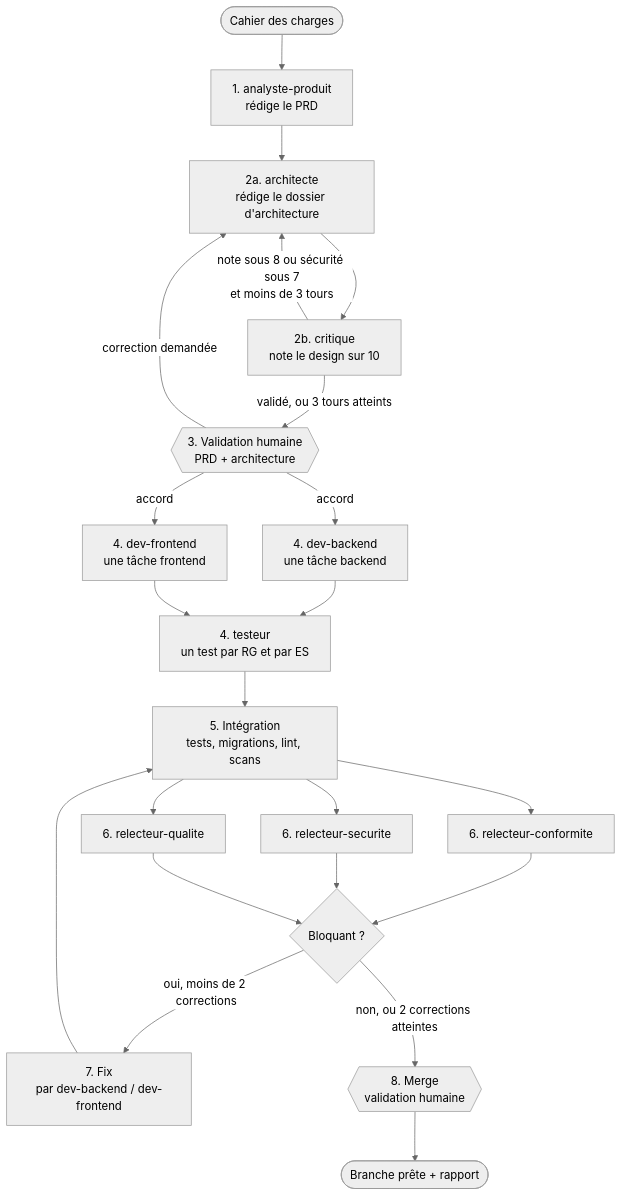
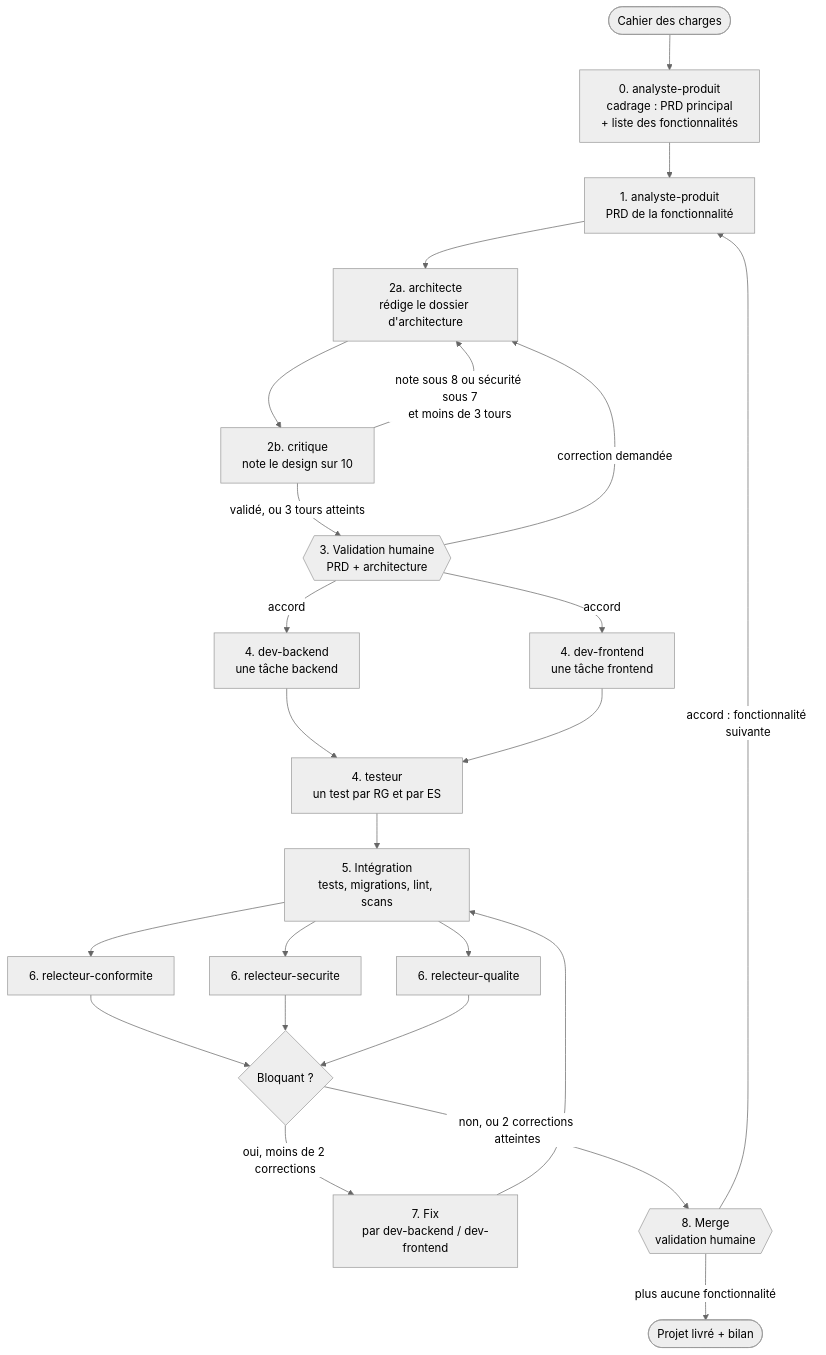
Before and after one commit to Diomoh/apprendre_les_agent_ia_from_scratch: the diagram in pipeline/claude-code/README.md, drawn with Mermaid (neutral theme). The commit also changed other lines of this file and 4 other files, not shown here.

First line of the commit message:
Pipeline Claude Code : lancement avec le seul cahier des charges

````diff
--- a/pipeline/claude-code/README.md
+++ b/pipeline/claude-code/README.md
@@ -19,24 +21,26 @@
 ```mermaid
 flowchart TD
-    CDC([Cahier des charges]) --> A[1. analyste-produit<br/>rédige le PRD]
+    CDC([Cahier des charges]) --> C0[0. analyste-produit<br/>cadrage : PRD principal<br/>+ liste des fonctionnalités]
+    C0 --> A[1. analyste-produit<br/>PRD de la fonctionnalité]
     A --> AR[2a. architecte<br/>rédige le dossier d'architecture]
     AR --> CR[2b. critique<br/>note le design sur 10]
     CR -- "note sous 8 ou sécurité sous 7<br/>et moins de 3 tours" --> AR
     CR -- "validé, ou 3 tours atteints" --> V{{3. Validation humaine<br/>PRD + architecture}}
     V -- "correction demandée" --> AR
     V -- "accord" --> DB[4. dev-backend<br/>une tâche backend]
     V -- "accord" --> DF[4. dev-frontend<br/>une tâche frontend]
     DB --> T[4. testeur<br/>un test par RG et par ES]
     DF --> T
     T --> I[5. Intégration<br/>tests, migrations, lint, scans]
     I --> R1[6. relecteur-conformite]
     I --> R2[6. relecteur-securite]
     I --> R3[6. relecteur-qualite]
     R1 --> D{Bloquant ?}
     R2 --> D
     R3 --> D
     D -- "oui, moins de 2 corrections" --> FX[7. Fix<br/>par dev-backend / dev-frontend]
     FX --> I
     D -- "non, ou 2 corrections atteintes" --> M{{8. Merge<br/>validation humaine}}
-    M --> FIN([Branche prête + rapport])
+    M -- "accord : fonctionnalité suivante" --> A
+    M -- "plus aucune fonctionnalité" --> FIN([Projet livré + bilan])
 ```
````
